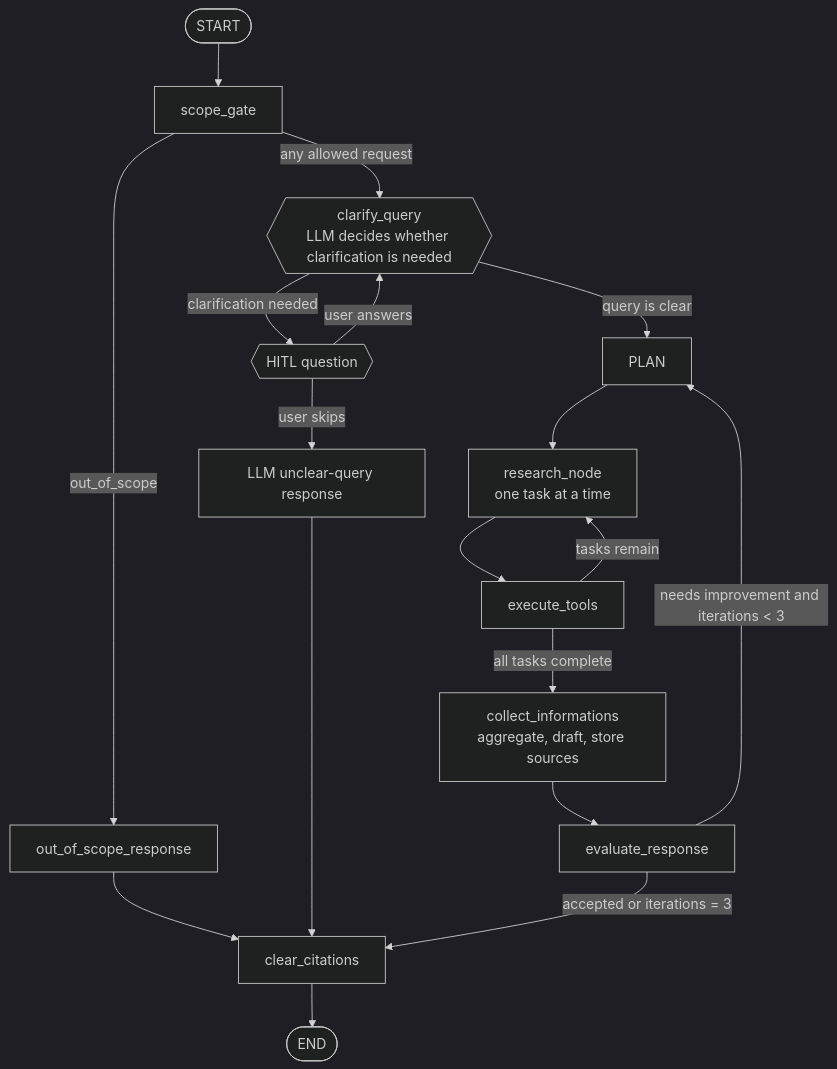
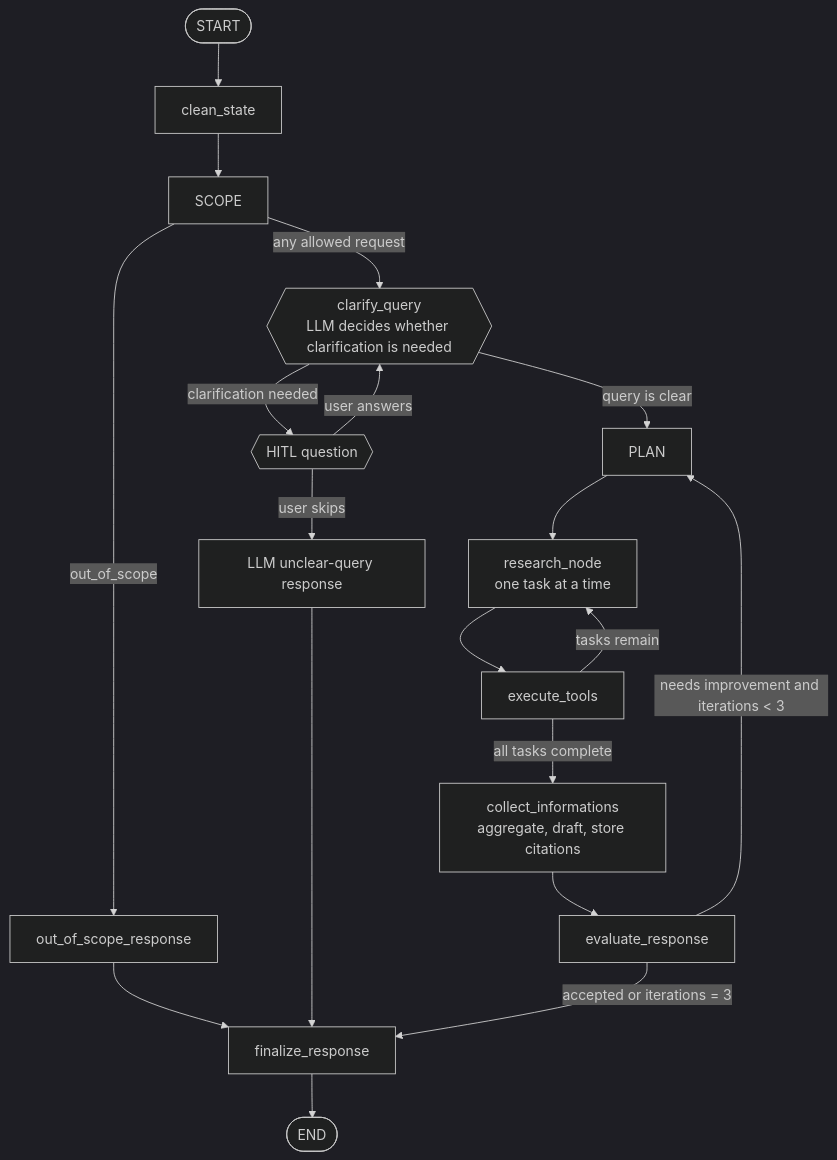
One commit to anirban2005143a/research_agent changed the diagram in README.md. Above: the diagram before and after it, drawn with Mermaid (dark theme). The commit also changed other lines of this file and 6 other files, not shown here.

Commit message:
feat: Update research graph workflow and state management for improved task execution and response finalization

````diff
--- a/README.md
+++ b/README.md
@@ -324,24 +324,26 @@
 ```mermaid
 flowchart TD
-    START([START]) --> SCOPE[scope_gate]
+    START([START]) --> CLEAN[clean_state]
 
     SCOPE -->|out_of_scope| OUT_OF_SCOPE[out_of_scope_response]
     SCOPE -->|any allowed request| CLARIFY{{clarify_query<br/>LLM decides whether clarification is needed}}
 
-    OUT_OF_SCOPE --> CLEAR[clear_citations]
+    OUT_OF_SCOPE --> FINALIZE[finalize_response]
     CLARIFY -->|query is clear| PLAN
     CLARIFY -->|clarification needed| HITL{{HITL question}}
     HITL -->|user answers| CLARIFY
     HITL -->|user skips| UNCLEAR[LLM unclear-query response]
-    UNCLEAR --> CLEAR
-    CLEAR --> END([END])
+    UNCLEAR --> FINALIZE
+    FINALIZE --> END([END])
 
     PLAN --> AGENT[research_node<br/>one task at a time]
     AGENT --> TOOLS[execute_tools]
     TOOLS -->|tasks remain| AGENT
-    TOOLS -->|all tasks complete| COLLECT[collect_informations<br/>aggregate, draft, store sources]
+    TOOLS -->|all tasks complete| COLLECT[collect_informations<br/>aggregate, draft, store citations]
 
     COLLECT --> EVALUATE[evaluate_response]
     EVALUATE -->|needs improvement and iterations < 3| PLAN
-    EVALUATE -->|accepted or iterations = 3| CLEAR
+    EVALUATE -->|accepted or iterations = 3| FINALIZE
+
+    CLEAN --> SCOPE
 ```
````
